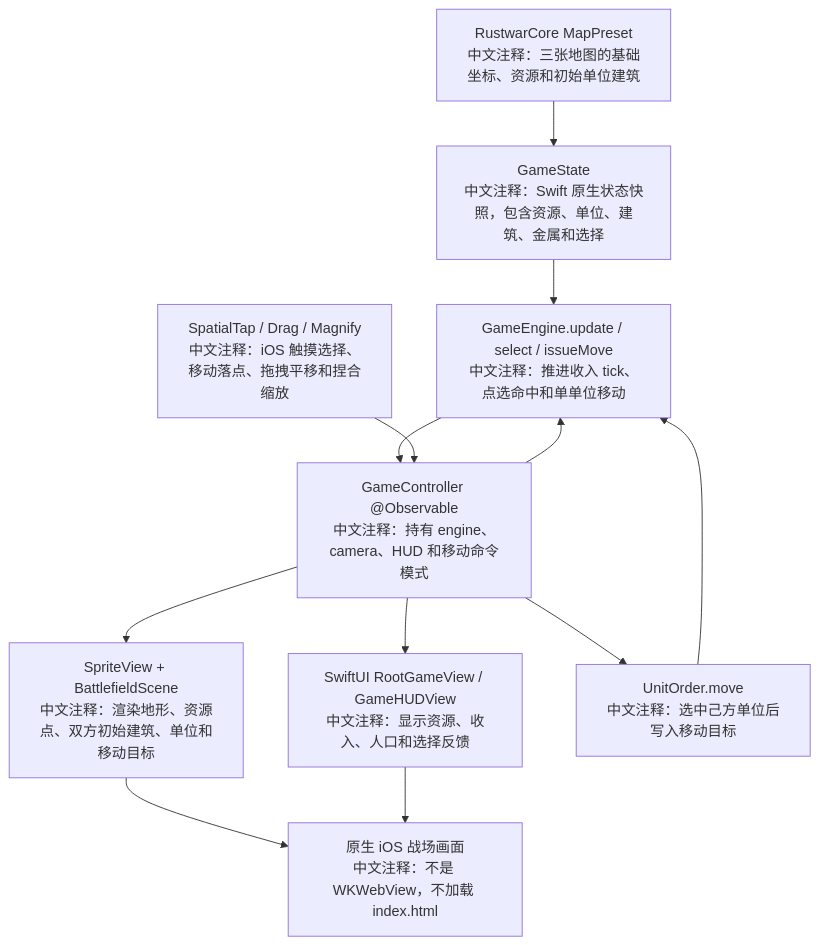
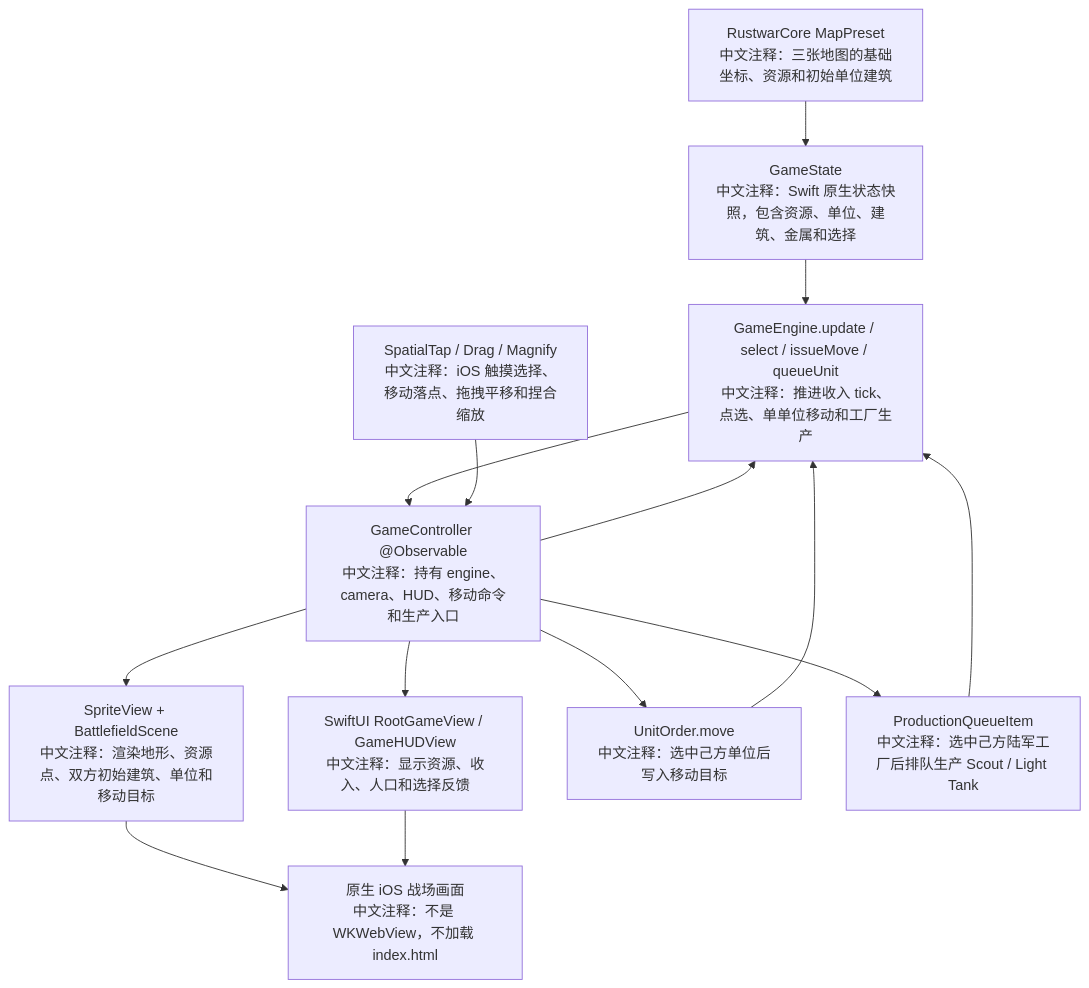
Before and after one commit to Altman-sam114/120: the third of 5 diagrams in md/flow/flowchart.md, drawn with Mermaid. The commit also changed 16 other files, not shown here.

Commit message:
v1.2: add native production queue MVP

````diff
--- a/md/flow/flowchart.md
+++ b/md/flow/flowchart.md
@@ -52,14 +52,16 @@
 ```mermaid
 flowchart TD
   P["RustwarCore MapPreset<br/>中文注释：三张地图的基础坐标、资源和初始单位建筑"] --> S["GameState<br/>中文注释：Swift 原生状态快照，包含资源、单位、建筑、金属和选择"]
-  S --> E["GameEngine.update / select / issueMove<br/>中文注释：推进收入 tick、点选命中和单单位移动"]
-  E --> C["GameController @Observable<br/>中文注释：持有 engine、camera、HUD 和移动命令模式"]
+  S --> E["GameEngine.update / select / issueMove / queueUnit<br/>中文注释：推进收入 tick、点选、单单位移动和工厂生产"]
+  E --> C["GameController @Observable<br/>中文注释：持有 engine、camera、HUD、移动命令和生产入口"]
   C --> H["SwiftUI RootGameView / GameHUDView<br/>中文注释：显示资源、收入、人口和选择反馈"]
   C --> B["SpriteView + BattlefieldScene<br/>中文注释：渲染地形、资源点、双方初始建筑、单位和移动目标"]
   T["SpatialTap / Drag / Magnify<br/>中文注释：iOS 触摸选择、移动落点、拖拽平移和捏合缩放"] --> C
   C --> M["UnitOrder.move<br/>中文注释：选中己方单位后写入移动目标"]
   M --> E
+  C --> Q["ProductionQueueItem<br/>中文注释：选中己方陆军工厂后排队生产 Scout / Light Tank"]
+  Q --> E
   C --> E
   B --> O["原生 iOS 战场画面<br/>中文注释：不是 WKWebView，不加载 index.html"]
   H --> O
 ```
````
